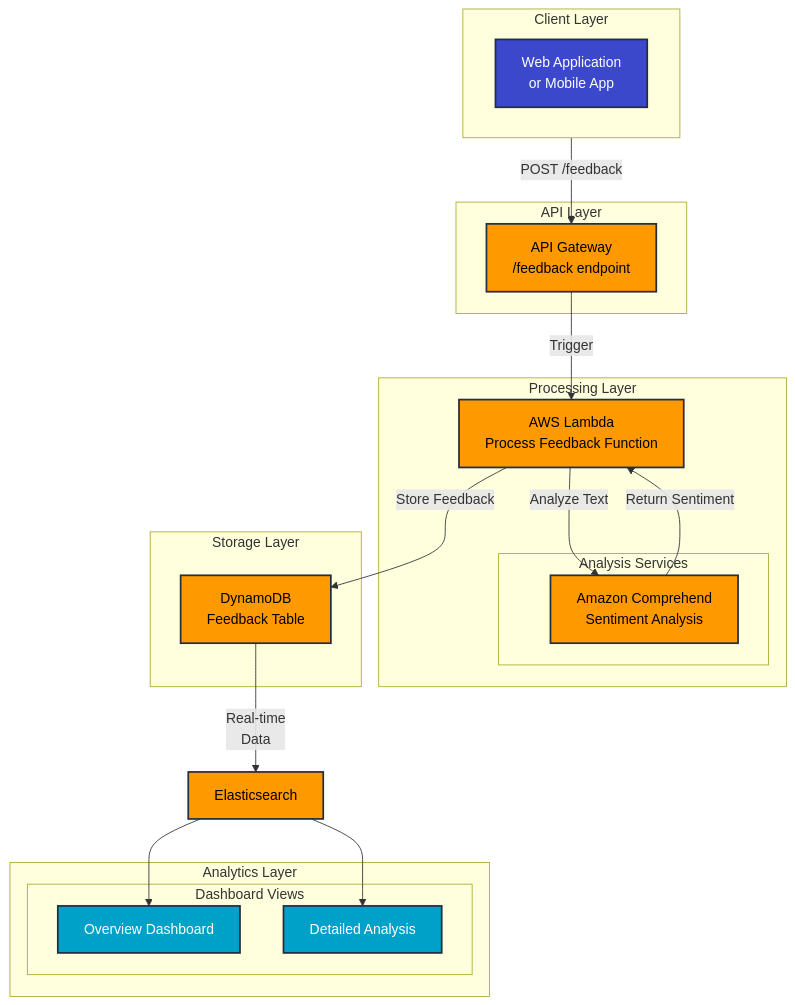
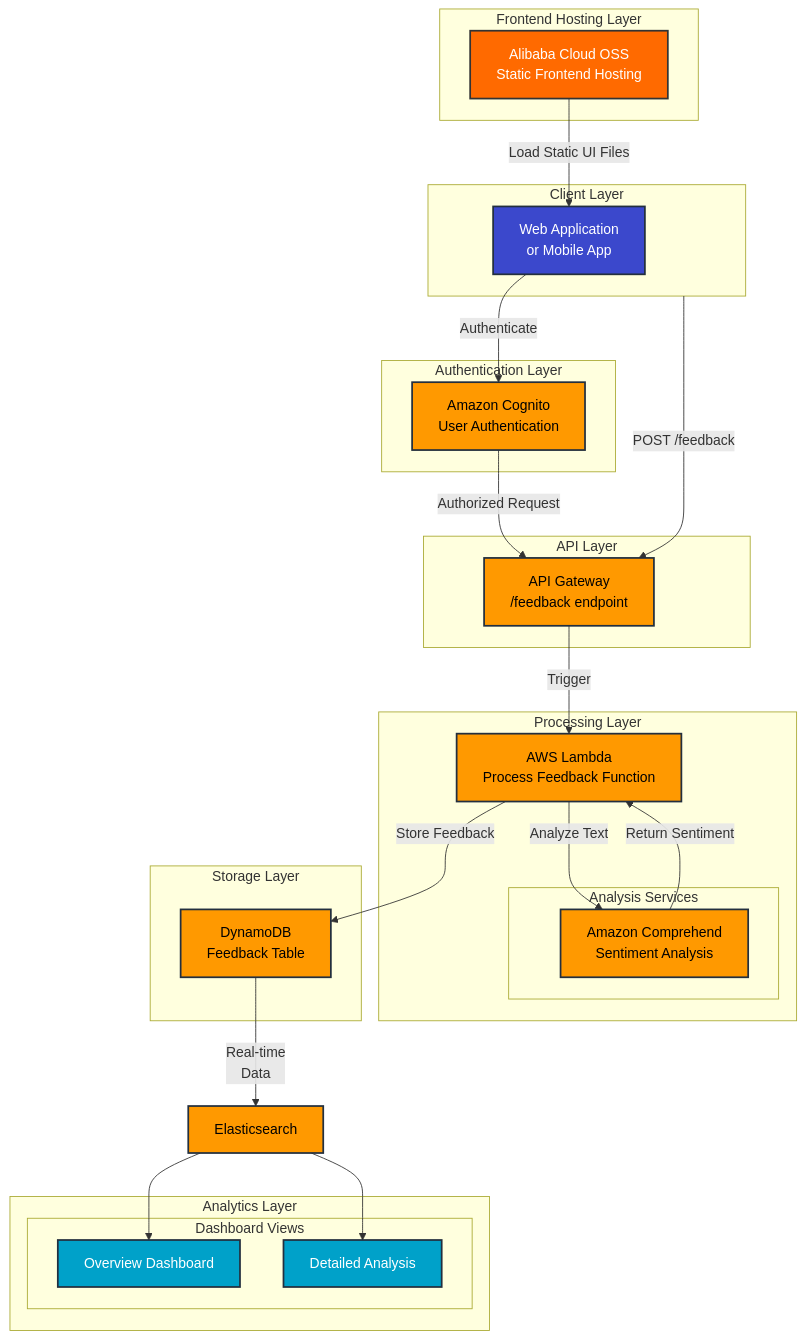
One commit to Emcuube/cloud changed the diagram in README.md. Above: the diagram before and after it, drawn with Mermaid. The commit also changed other lines of this file, not shown here.

````diff
--- a/README.md
+++ b/README.md
@@ -17,50 +17,67 @@
 ```mermaid
 flowchart TB
+    subgraph Frontend["Frontend Hosting Layer"]
+        OSS["Alibaba Cloud OSS
+        Static Frontend Hosting"]
+    end
+
     subgraph Client["Client Layer"]
         WebApp["Web Application
         or Mobile App"]
+    end
+
+    subgraph Auth["Authentication Layer"]
+        Cognito["Amazon Cognito
+        User Authentication"]
     end
 
     subgraph API["API Layer"]
         APIGW["API Gateway
         /feedback endpoint"]
     end
 
     subgraph Processing["Processing Layer"]
         Lambda["AWS Lambda
         Process Feedback Function"]
+
         subgraph Analysis["Analysis Services"]
             Comprehend["Amazon Comprehend
             Sentiment Analysis"]
         end
     end
 
     subgraph Storage["Storage Layer"]
         DDB["DynamoDB
         Feedback Table"]
     end
 
     subgraph Analytics["Analytics Layer"]
         subgraph Dashboards["Dashboard Views"]
             Overview["Overview Dashboard"]
             DetailedAnalysis["Detailed Analysis"]
         end
     end
 
+    OSS -->|"Load Static UI Files"| WebApp
+    WebApp -->|"Authenticate"| Cognito
+    Cognito -->|"Authorized Request"| APIGW
     Client -->|"POST /feedback"| APIGW
+
     APIGW -->|Trigger| Lambda
     Lambda -->|"Analyze Text"| Comprehend
     Comprehend -->|"Return Sentiment"| Lambda
     Lambda -->|"Store Feedback"| DDB
     DDB -->|"Real-time\nData"| Elasticsearch
     Elasticsearch --> Overview
     Elasticsearch --> DetailedAnalysis
 
     classDef aws fill:#FF9900,stroke:#232F3E,stroke-width:2px,color:black;
+    classDef alibaba fill:#FF6A00,stroke:#333,stroke-width:2px,color:white;
     classDef dashboard fill:#00A1C9,stroke:#232F3E,stroke-width:2px,color:white;
     classDef client fill:#3B48CC,stroke:#232F3E,stroke-width:2px,color:white;
 
-    class APIGW,Lambda,Comprehend,DDB,Elasticsearch aws;
+    class APIGW,Lambda,Comprehend,DDB,Elasticsearch,Cognito aws;
+    class OSS alibaba;
     class Overview,DetailedAnalysis dashboard;
     class WebApp client;
 ```
````
